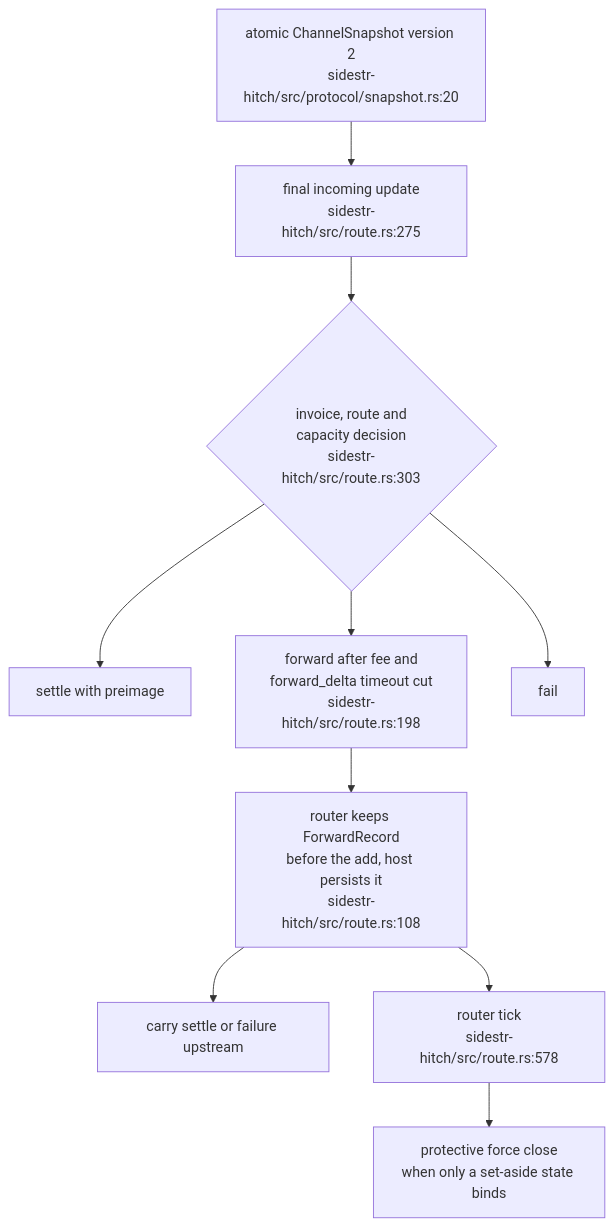
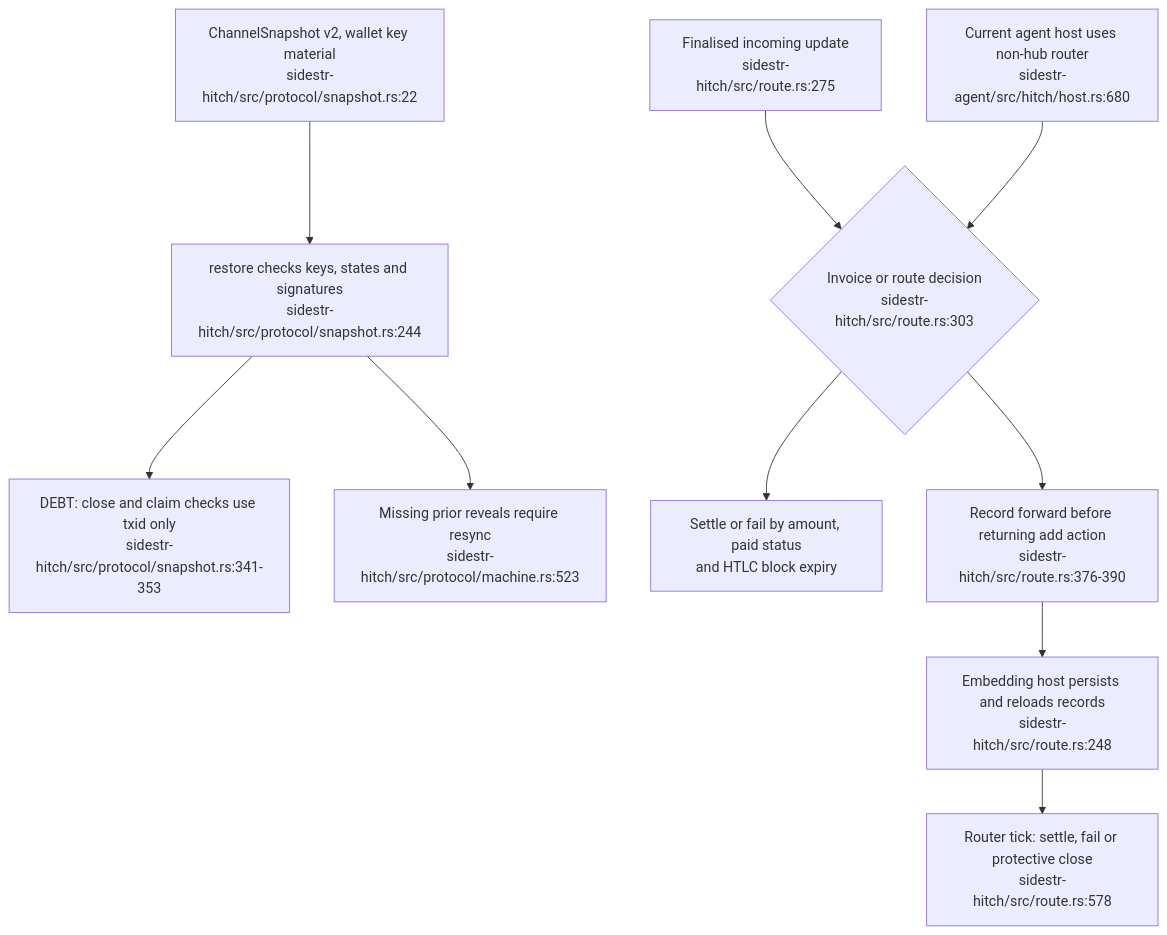
The third of 5 diagrams in docs/diagrams/sidestr-rs/04-hitch-channel-kernel-and-host-gap.md (DreamLab-AI/VisionFlow), drawn with Mermaid before and after one commit. The commit also changed other lines of this file and 26 other files, not shown here.

Commit message:
Audit Hitch snapshot recovery and routing boundaries

````diff
--- a/docs/diagrams/sidestr-rs/04-hitch-channel-kernel-and-host-gap.md
+++ b/docs/diagrams/sidestr-rs/04-hitch-channel-kernel-and-host-gap.md
@@ -86,12 +86,12 @@
 ```mermaid
 flowchart TB
-    FINAL["final incoming update<br/>sidestr-hitch/src/route.rs:275"] --> DECIDE{"invoice, route and<br/>capacity decision<br/>sidestr-hitch/src/route.rs:303"}
-    DECIDE --> SETTLE["settle with preimage"]
-    DECIDE --> FORWARD["forward after fee and<br/>forward_delta timeout cut<br/>sidestr-hitch/src/route.rs:198"]
-    DECIDE --> FAIL["fail"]
-    FORWARD --> FR["router keeps ForwardRecord<br/>before the add, host persists it<br/>sidestr-hitch/src/route.rs:108"]
-    FR --> RETURN["carry settle or failure upstream"]
-    TICK["router tick<br/>sidestr-hitch/src/route.rs:578"] --> PROT["protective force close<br/>when only a set-aside state binds"]
-    FR --> TICK
-    SNAP["atomic ChannelSnapshot version 2<br/>sidestr-hitch/src/protocol/snapshot.rs:20"] --> FINAL
+    SNAP["ChannelSnapshot v2, wallet key material<br/>sidestr-hitch/src/protocol/snapshot.rs:22"] --> RESTORE["restore checks keys, states and signatures<br/>sidestr-hitch/src/protocol/snapshot.rs:244"]
+    RESTORE --> TXID["DEBT: close and claim checks use txid only<br/>sidestr-hitch/src/protocol/snapshot.rs:341-353"]
+    RESTORE --> MISSING["Missing prior reveals require resync<br/>sidestr-hitch/src/protocol/machine.rs:523"]
+    FINAL["Finalised incoming update<br/>sidestr-hitch/src/route.rs:275"] --> DECIDE{"Invoice or route decision<br/>sidestr-hitch/src/route.rs:303"}
+    DECIDE --> SETTLE["Settle or fail by amount, paid status<br/>and HTLC block expiry"]
+    DECIDE --> FORWARD["Record forward before returning add action<br/>sidestr-hitch/src/route.rs:376-390"]
+    FORWARD --> HOST["Embedding host persists and reloads records<br/>sidestr-hitch/src/route.rs:248"]
+    HOST --> TICK["Router tick: settle, fail or protective close<br/>sidestr-hitch/src/route.rs:578"]
+    ENDPOINT["Current agent host uses non-hub router<br/>sidestr-agent/src/hitch/host.rs:680"] --> DECIDE
 ```
````
